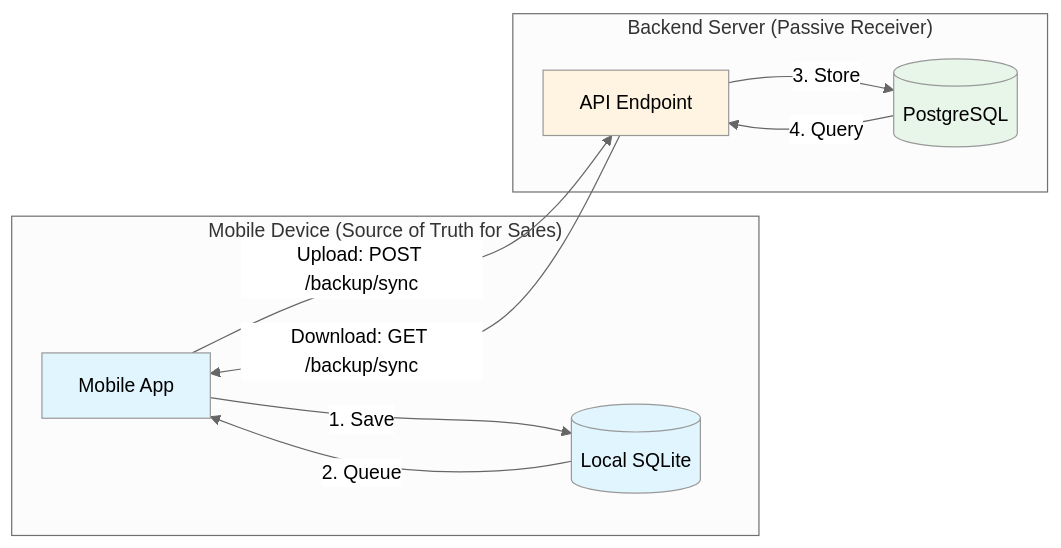
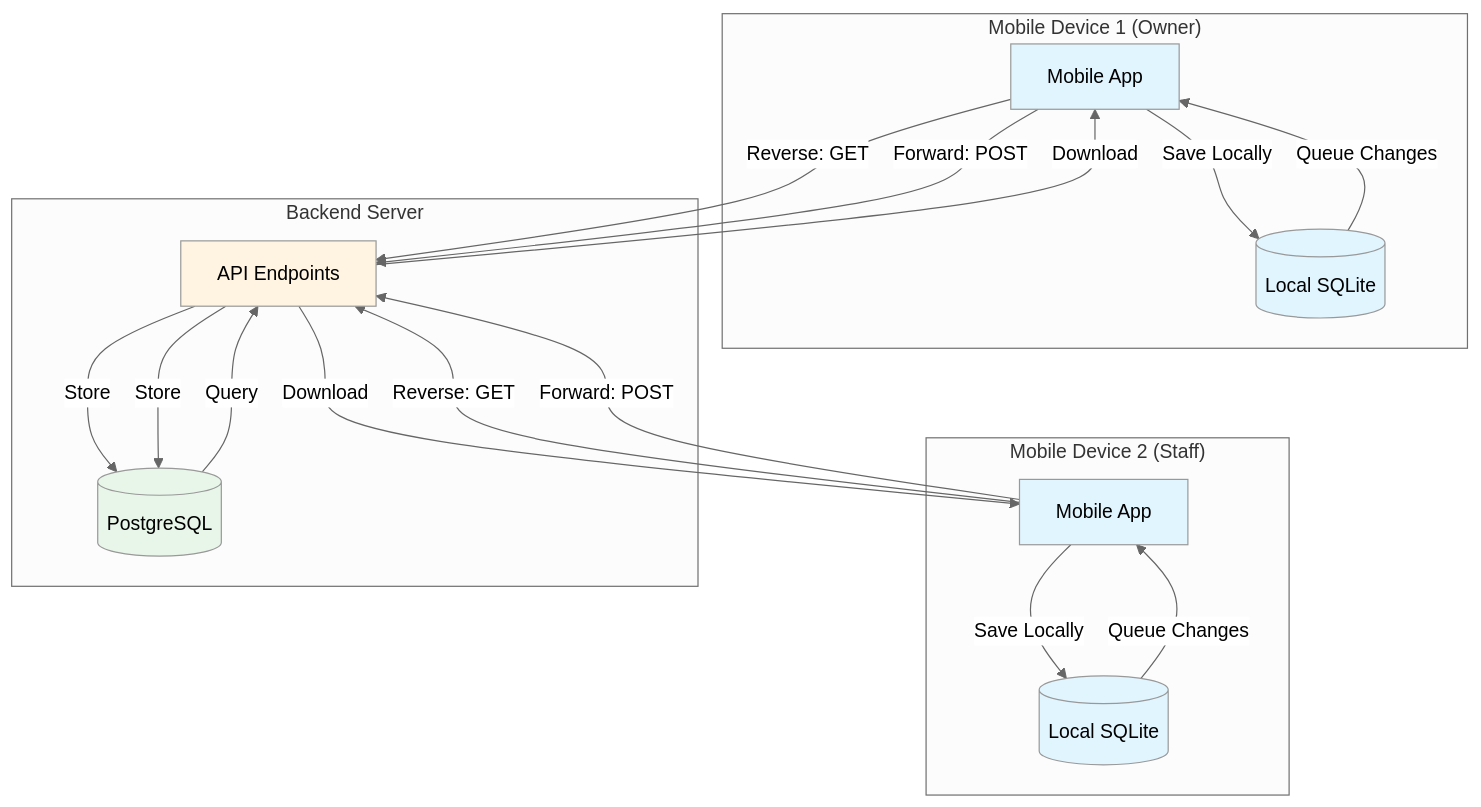
The fourth of 5 diagrams in README.md (trenztechno/pos-backend), drawn with Mermaid (neutral theme) before and after one commit. The commit also changed other lines of this file and 5 other files, not shown here.

````diff
--- a/README.md
+++ b/README.md
@@ -268,24 +287,39 @@
 ```mermaid
-graph LR
-    subgraph "Mobile Device (Source of Truth for Sales)"
-        MD[Mobile App]
-        LDB[(Local SQLite)]
-        MD -->|1. Save| LDB
-        LDB -->|2. Queue| MD
+graph TB
+    subgraph "Mobile Device 1 (Owner)"
+        MD1[Mobile App]
+        LDB1[(Local SQLite)]
+        MD1 -->|Save Locally| LDB1
+        LDB1 -->|Queue Changes| MD1
     end
     
-    subgraph "Backend Server (Passive Receiver)"
-        API[API Endpoint]
-        SDB[(PostgreSQL)]
-        API -->|3. Store| SDB
-        SDB -->|4. Query| API
+    subgraph "Mobile Device 2 (Staff)"
+        MD2[Mobile App]
+        LDB2[(Local SQLite)]
+        MD2 -->|Save Locally| LDB2
+        LDB2 -->|Queue Changes| MD2
     end
     
-    MD -->|Upload: POST /backup/sync| API
-    API -->|Download: GET /backup/sync| MD
+    subgraph "Backend Server"
+        API[API Endpoints]
+        SDB[(PostgreSQL)]
+        API -->|Store| SDB
+        SDB -->|Query| API
+    end
     
-    style MD fill:#e1f5ff
-    style LDB fill:#e1f5ff
+    MD1 -->|Reverse: GET| API
+    MD2 -->|Reverse: GET| API
+    API -->|Download| MD1
+    API -->|Download| MD2
+    
+    MD1 -->|Forward: POST| API
+    MD2 -->|Forward: POST| API
+    API -->|Store| SDB
+    
+    style MD1 fill:#e1f5ff
+    style MD2 fill:#e1f5ff
+    style LDB1 fill:#e1f5ff
+    style LDB2 fill:#e1f5ff
     style API fill:#fff4e1
     style SDB fill:#e8f5e9
 ```
````
